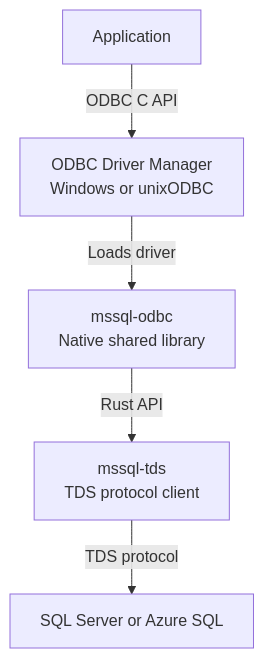
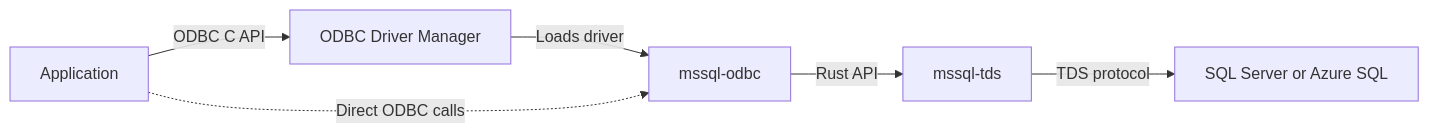
Before and after one commit to microsoft/mssql-rs: the diagram in mssql-odbc/README.md, drawn with Mermaid. The commit also changed other lines of this file and 9 other files, not shown here.

````diff
--- a/mssql-odbc/README.md
+++ b/mssql-odbc/README.md
@@ -39,13 +40,14 @@
 ```mermaid
-flowchart TD
+flowchart LR
     application[Application]
-    driverManager[ODBC Driver Manager<br/>Windows or unixODBC]
-    odbcDriver[mssql-odbc<br/>Native shared library]
-    tdsClient[mssql-tds<br/>TDS protocol client]
+    driverManager[ODBC Driver Manager]
+    odbcDriver[mssql-odbc]
+    tdsClient[mssql-tds]
     sqlServer[SQL Server or Azure SQL]
 
     application -->|ODBC C API| driverManager
     driverManager -->|Loads driver| odbcDriver
+    application -.->|Direct ODBC calls| odbcDriver
     odbcDriver -->|Rust API| tdsClient
     tdsClient -->|TDS protocol| sqlServer
 ```
````
